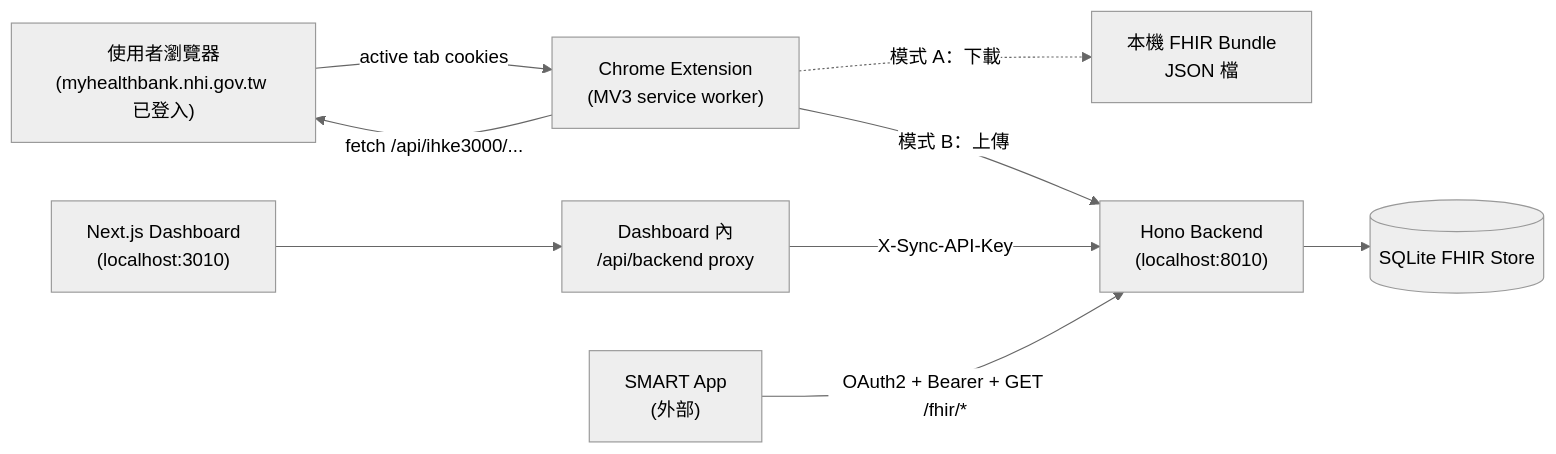
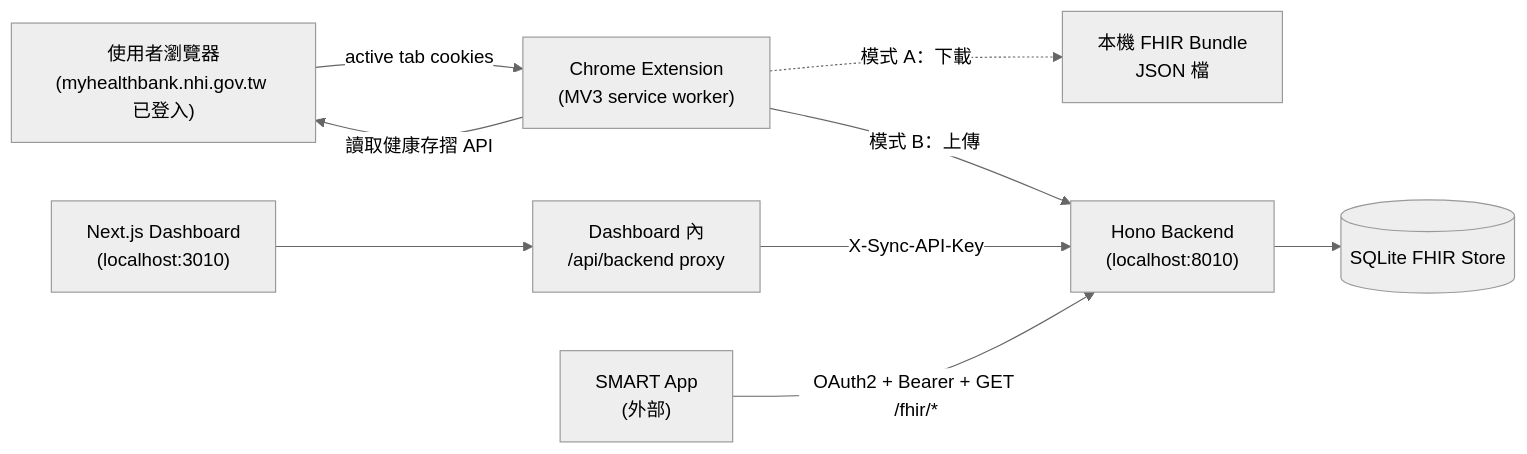
Before and after one commit to voho0000/NHI-FHIR-BRIDGE: the first of 2 diagrams in docs/ARCHITECTURE.md, drawn with Mermaid (neutral theme). The commit also changed other lines of this file, not shown here.

First line of the commit message:
docs(architecture): genericize NHI endpoints in the mermaid diagrams

````diff
--- a/docs/ARCHITECTURE.md
+++ b/docs/ARCHITECTURE.md
@@ -9,20 +9,20 @@
 ```mermaid
 flowchart LR
   user["使用者瀏覽器<br/>(myhealthbank.nhi.gov.tw 已登入)"]
   ext["Chrome Extension<br/>(MV3 service worker)"]
   file["本機 FHIR Bundle<br/>JSON 檔"]
   backend["Hono Backend<br/>(localhost:8010)"]
   db[("SQLite FHIR Store")]
   dash["Next.js Dashboard<br/>(localhost:3010)"]
   proxy["Dashboard 內<br/>/api/backend proxy"]
   smart["SMART App<br/>(外部)"]
 
   user -->|active tab cookies| ext
-  ext -->|fetch /api/ihke3000/...| user
+  ext -->|讀取健康存摺 API| user
   ext -. 模式 A：下載 .-> file
   ext -- 模式 B：上傳 --> backend
   backend --> db
   dash --> proxy
   proxy -->|X-Sync-API-Key| backend
   smart -->|OAuth2 + Bearer + GET /fhir/*| backend
 ```
````
